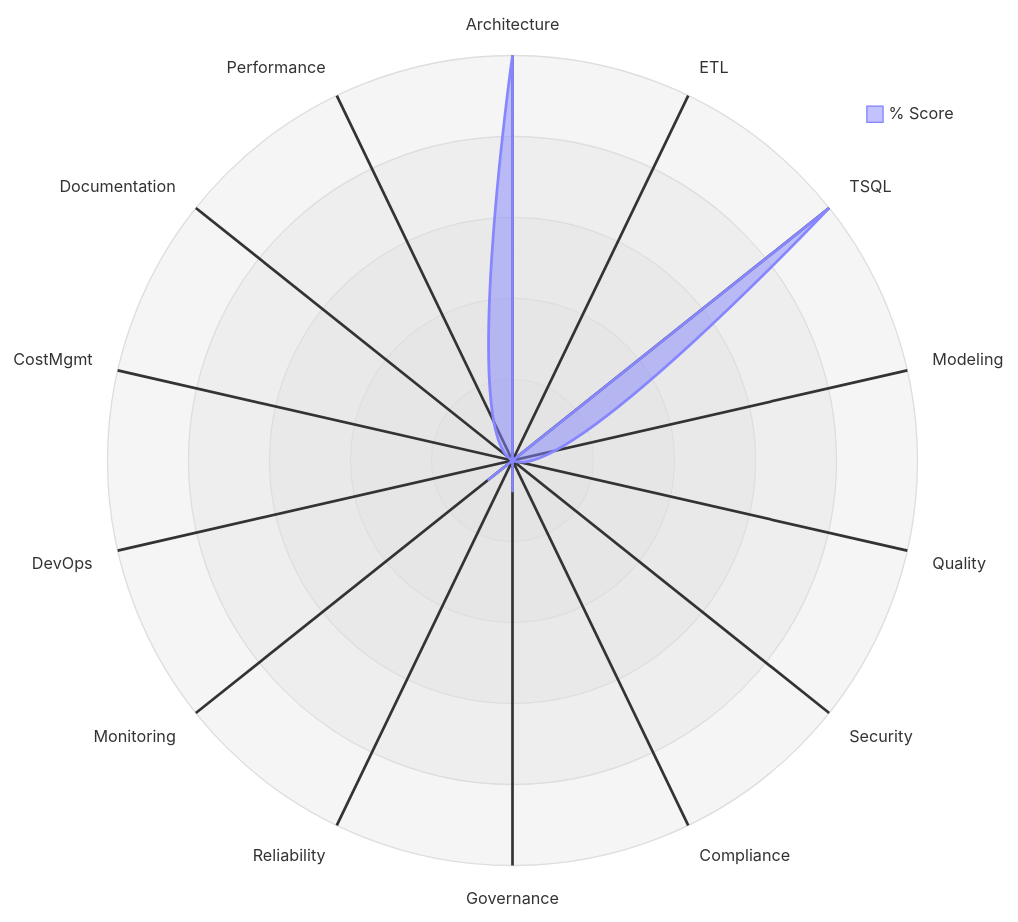
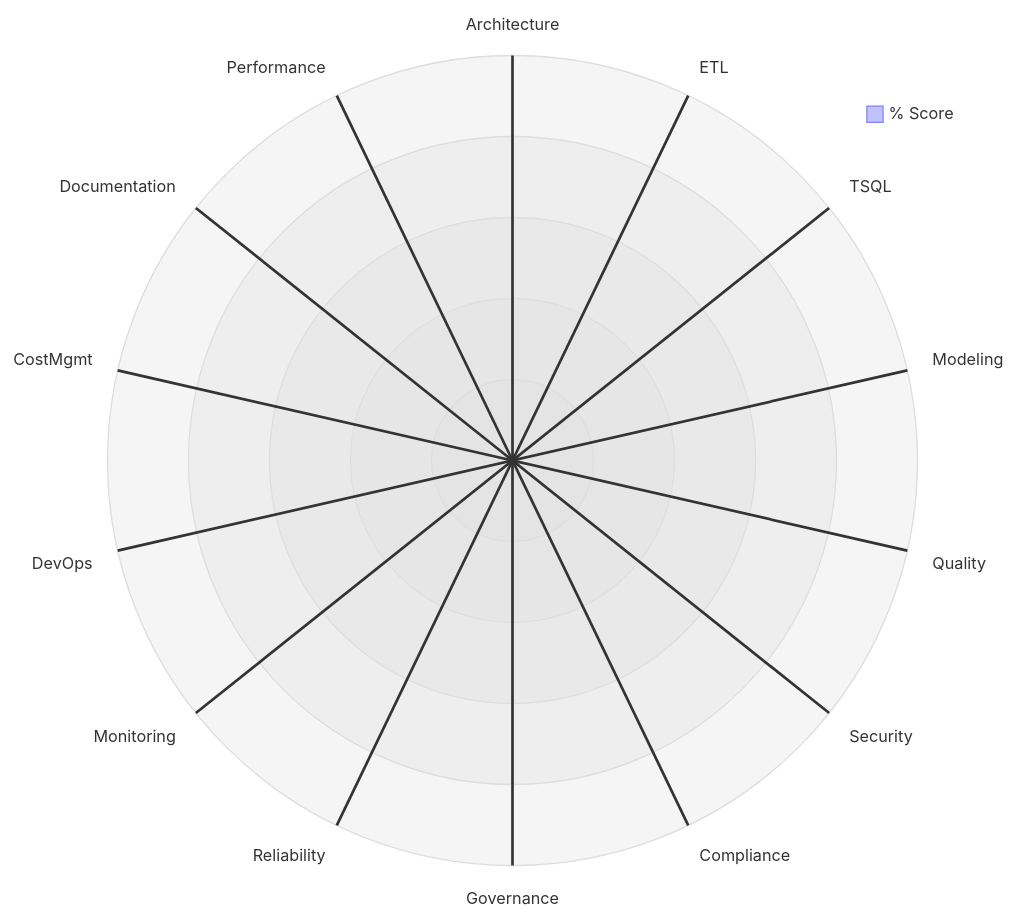
Before and after one commit to AkashReddy-3084/SQL-Auditing-tool: the diagram in results/final_report.md, drawn with Mermaid. The commit also changed other lines of this file and 13 other files, not shown here.

````diff
--- a/results/final_report.md
+++ b/results/final_report.md
@@ -63,5 +63,5 @@
 ```mermaid
 radar-beta
   axis Architecture, ETL, TSQL, Modeling, Quality, Security, Compliance, Governance, Reliability, Monitoring, DevOps, CostMgmt, Documentation, Performance
-  curve ScorePct["% Score"] { 100, 0, 100, 0, 0, 0, 0, 0, 0, 0, 0, 0, 0, 0 }
+  curve ScorePct["% Score"] { 0, 0, 0, 0, 0, 0, 0, 0, 0, 0, 0, 0, 0, 0 }
 ```
````
